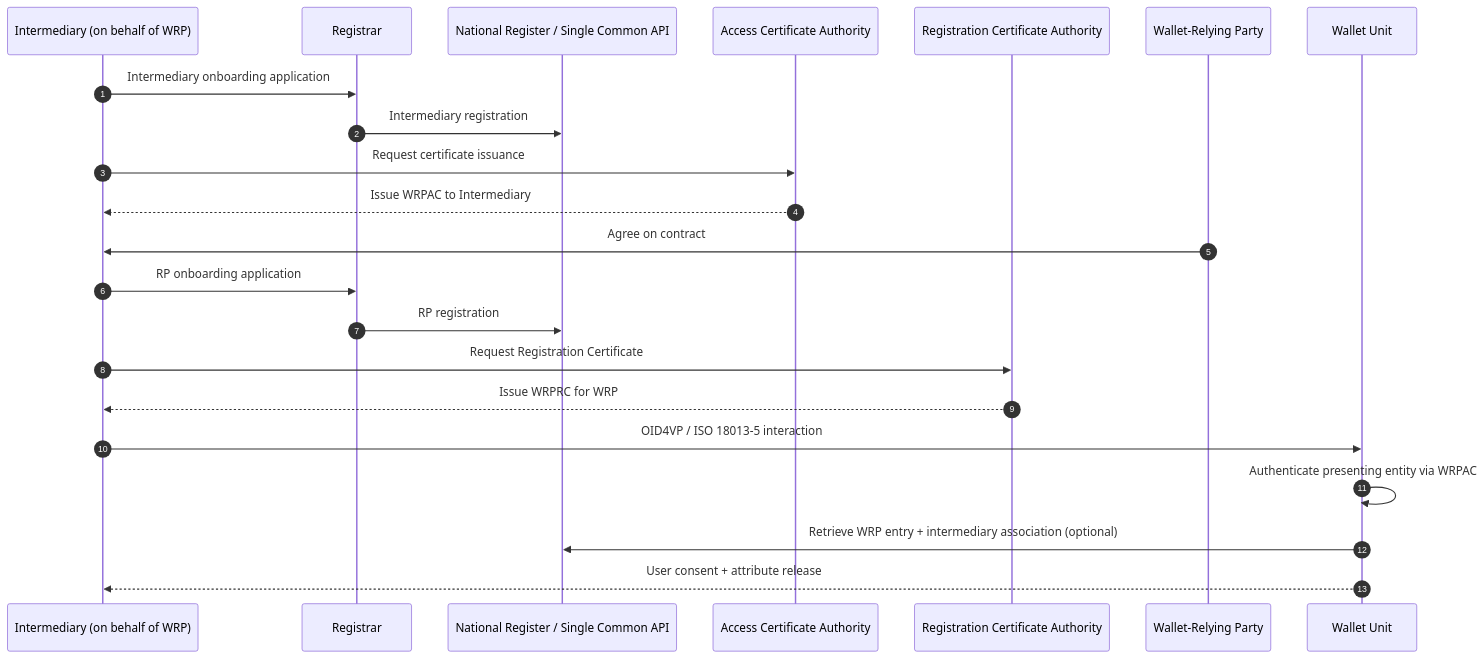
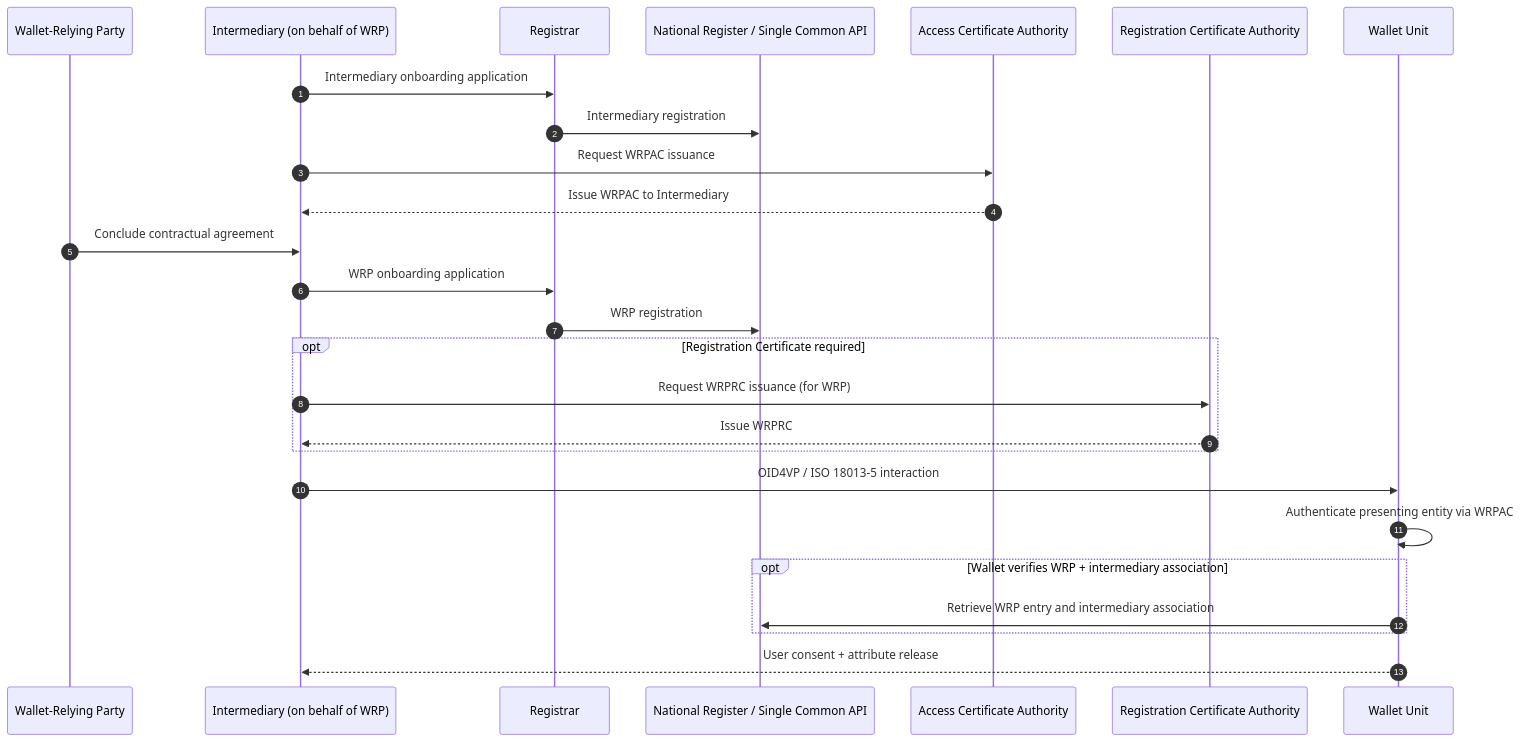
One commit to APTITUDE-Consortium/wp2-trust-specifications changed the second of 3 diagrams in topics/registry.md. Above: the diagram before and after it, drawn with Mermaid. The commit also changed other lines of this file, not shown here.

Commit message:
docs: fix formatting typo and align mermaid sequence diagrams

`````diff
--- a/topics/registry.md
+++ b/topics/registry.md
@@ -88,35 +90,51 @@
 ````mermaid
 sequenceDiagram
   autonumber
+
+  participant WRP as Wallet-Relying Party
   participant INT as Intermediary (on behalf of WRP)
   participant REG as Registrar
   participant NREG as National Register / Single Common API
   participant ACA as Access Certificate Authority
-  participant REGCA as Registration Certificate Authority
-  participant WRP as Wallet-Relying Party
+  participant RCA as Registration Certificate Authority
   participant WAL as Wallet Unit
 
-%% Onboarding & registration (Intermediary)
+  %% ---------------------------
+  %% Intermediary Onboarding
+  %% ---------------------------
   INT->>REG: Intermediary onboarding application
   REG->>NREG: Intermediary registration
 
-%% Certificate issuance (Intermediary)
-  INT->>ACA: Request certificate issuance
+  %% ---------------------------
+  %% Access Certificate (Intermediary)
+  %% ---------------------------
+  INT->>ACA: Request WRPAC issuance
   ACA-->>INT: Issue WRPAC to Intermediary
 
-%% Contractual agreement + WRP onboarding
-  WRP->>INT: Agree on contract
-  INT->>REG: RP onboarding application
-  REG->>NREG: RP registration
+  %% ---------------------------
+  %% Contractual Agreement + WRP Onboarding
+  %% ---------------------------
+  WRP->>INT: Conclude contractual agreement
+  INT->>REG: WRP onboarding application
+  REG->>NREG: WRP registration
 
-%% Registration certificate (optional)
-  INT->>REGCA: Request Registration Certificate
-  REGCA-->>INT: Issue WRPRC for WRP 
+  %% ---------------------------
+  %% Registration Certificate (optional)
+  %% ---------------------------
+  opt Registration Certificate required
+    INT->>RCA: Request WRPRC issuance (for WRP)
+    RCA-->>INT: Issue WRPRC
+  end
 
-%% Wallet interaction
+  %% ---------------------------
+  %% Wallet Interaction
+  %% ---------------------------
   INT->>WAL: OID4VP / ISO 18013-5 interaction
   WAL->>WAL: Authenticate presenting entity via WRPAC
-  WAL->>NREG: Retrieve WRP entry + intermediary association (optional)
+
+  opt Wallet verifies WRP + intermediary association
+    WAL->>NREG: Retrieve WRP entry and intermediary association
+  end
+
   WAL-->>INT: User consent + attribute release
-
 ````
`````
